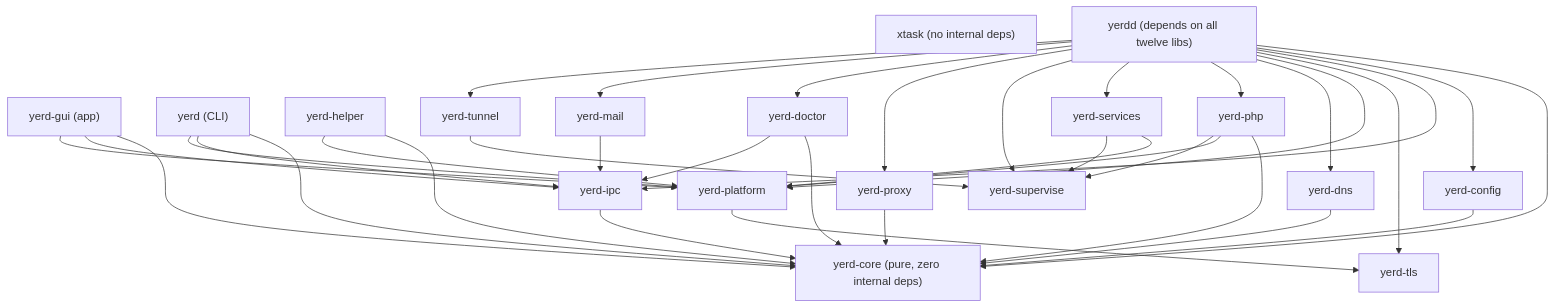
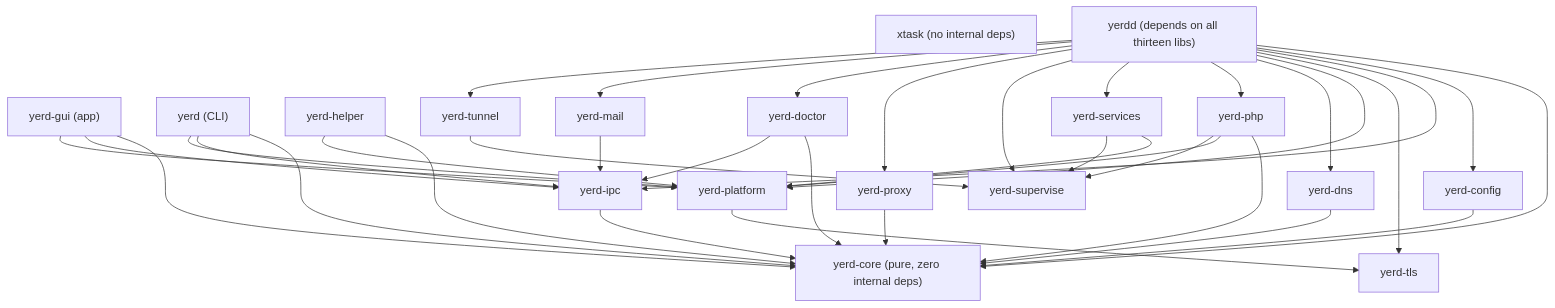
One commit to forjedio/yerd changed the diagram in docs/developer/crates.md. Above: the diagram before and after it, drawn with Mermaid. The commit also changed other lines of this file and 9 other files, not shown here.

````diff
--- a/docs/developer/crates.md
+++ b/docs/developer/crates.md
@@ -72,62 +72,62 @@
 ```mermaid
 flowchart TD
     gui["yerd-gui (app)"]
     xtask["xtask (no internal deps)"]
     yerd["yerd (CLI)"]
-    yerdd["yerdd (depends on all twelve libs)"]
+    yerdd["yerdd (depends on all thirteen libs)"]
     helper["yerd-helper"]
 
     ipc["yerd-ipc"]
     config["yerd-config"]
     dns["yerd-dns"]
     proxy["yerd-proxy"]
     php["yerd-php"]
     services["yerd-services"]
     supervise["yerd-supervise"]
     doctor["yerd-doctor"]
     tls["yerd-tls"]
     platform["yerd-platform"]
     mail["yerd-mail"]
     tunnel["yerd-tunnel"]
     core["yerd-core (pure, zero internal deps)"]
 
     gui --> core
     gui --> ipc
     gui --> platform
 
     yerd --> core
     yerd --> ipc
     yerd --> platform
 
     helper --> core
     helper --> platform
 
     yerdd --> core
     yerdd --> config
     yerdd --> ipc
     yerdd --> tls
     yerdd --> platform
     yerdd --> dns
     yerdd --> php
     yerdd --> services
     yerdd --> supervise
     yerdd --> proxy
     yerdd --> doctor
     yerdd --> mail
     yerdd --> tunnel
 
     ipc --> core
     config --> core
     dns --> core
     proxy --> core
     doctor --> core
     doctor --> ipc
     mail --> ipc
     php --> core
     php --> platform
     php --> supervise
     services --> platform
     services --> supervise
     tunnel --> supervise
     platform --> tls
 ```
````
